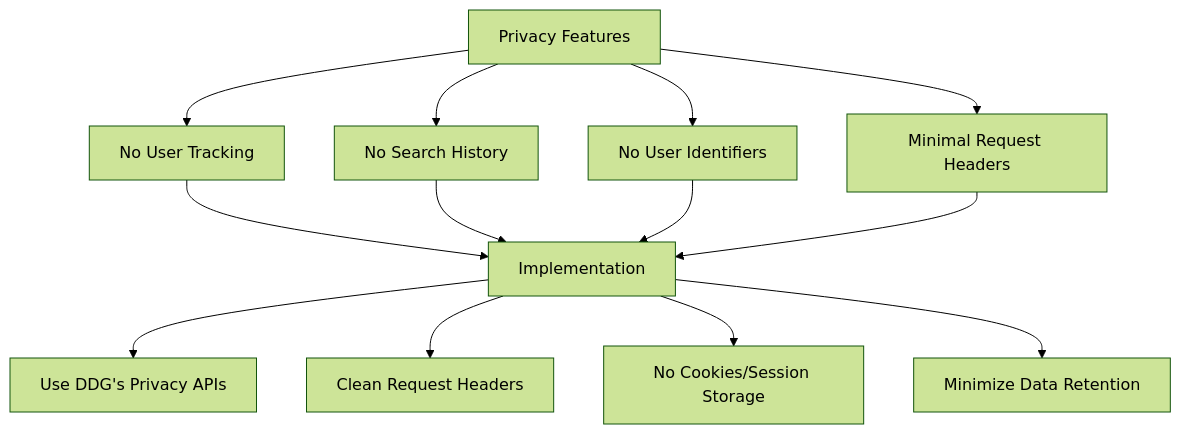
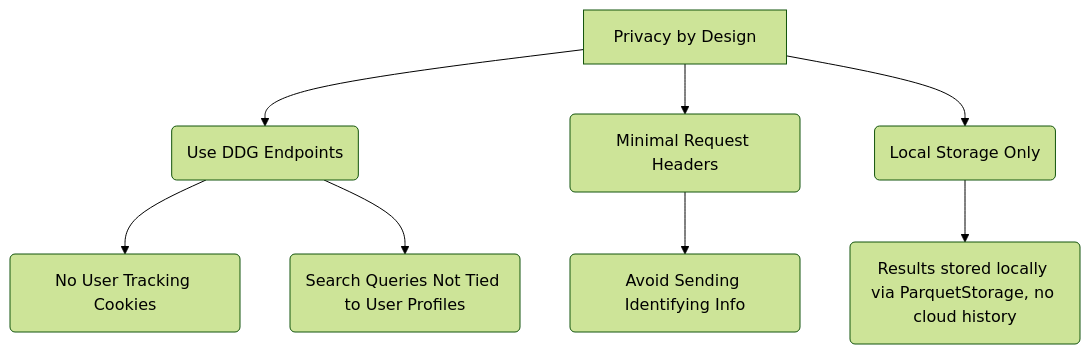
Diagram 17 of 25 in docs/Crawlers.md (Ollama-Agent-Roll-Cage/oarc-crawlers), drawn with Mermaid (forest theme) before and after one commit. The commit also changed other lines of this file and 9 other files, not shown here.

````diff
--- a/docs/Crawlers.md
+++ b/docs/Crawlers.md
@@ -550,17 +582,10 @@
 ```mermaid
-flowchart TD
-    A[Privacy Features] --> B[No User Tracking]
-    A --> C[No Search History]
-    A --> D[No User Identifiers]
-    A --> E[Minimal Request Headers]
-    
-    B --> F[Implementation]
-    C --> F
-    D --> F
-    E --> F
-    
-    F --> G[Use DDG's Privacy APIs]
-    F --> H[Clean Request Headers]
-    F --> I[No Cookies/Session Storage]
-    F --> J[Minimize Data Retention]
+graph TD
+    A[Privacy by Design] --> B(Use DDG Endpoints)
+    B --> C(No User Tracking Cookies)
+    B --> D(Search Queries Not Tied to User Profiles)
+    A --> E(Minimal Request Headers)
+    E --> F(Avoid Sending Identifying Info)
+    A --> G(Local Storage Only)
+    G --> H(Results stored locally via ParquetStorage, no cloud history)
 ```
````
